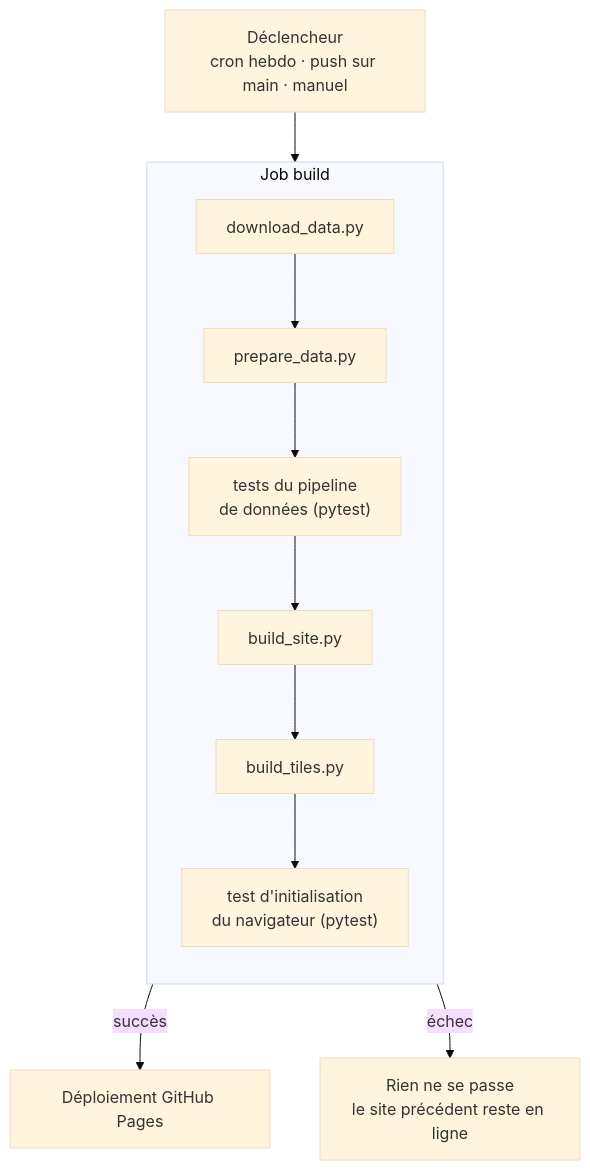
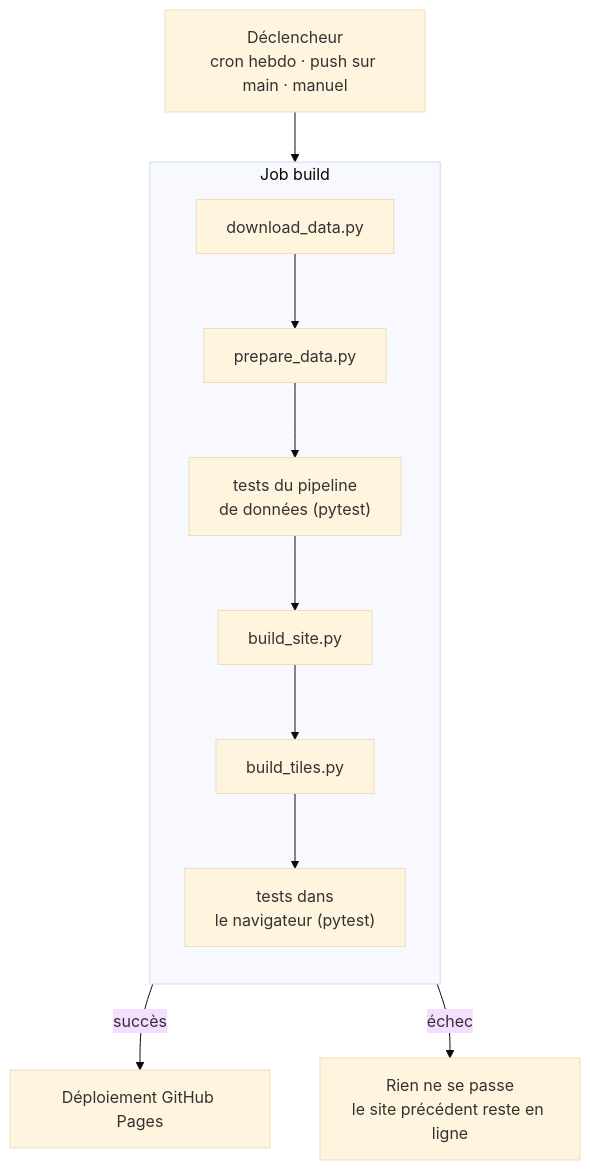
One commit to gefleury/transports-accessibles-idf changed the second of 2 diagrams in doc/pipeline.md. Above: the diagram before and after it, drawn with Mermaid (base theme). The commit also changed other lines of this file and 1 other file, not shown here.

````diff
--- a/doc/pipeline.md
+++ b/doc/pipeline.md
@@ -24,10 +24,10 @@
 ```mermaid
 flowchart TD
     Trigger["Déclencheur\ncron hebdo · push sur main · manuel"] --> Build
     subgraph Build["Job build"]
         direction TB
-        B1[download_data.py] --> B2[prepare_data.py] --> B3["tests du pipeline\nde données (pytest)"] --> B4[build_site.py] --> B5[build_tiles.py] --> B6["test d'initialisation\ndu navigateur (pytest)"]
+        B1[download_data.py] --> B2[prepare_data.py] --> B3["tests du pipeline\nde données (pytest)"] --> B4[build_site.py] --> B5[build_tiles.py] --> B6["tests dans\nle navigateur (pytest)"]
     end
     Build -->|succès| Deploy[Déploiement GitHub Pages]
     Build -->|échec| Stop["Rien ne se passe\nle site précédent reste en ligne"]
 ```
````
